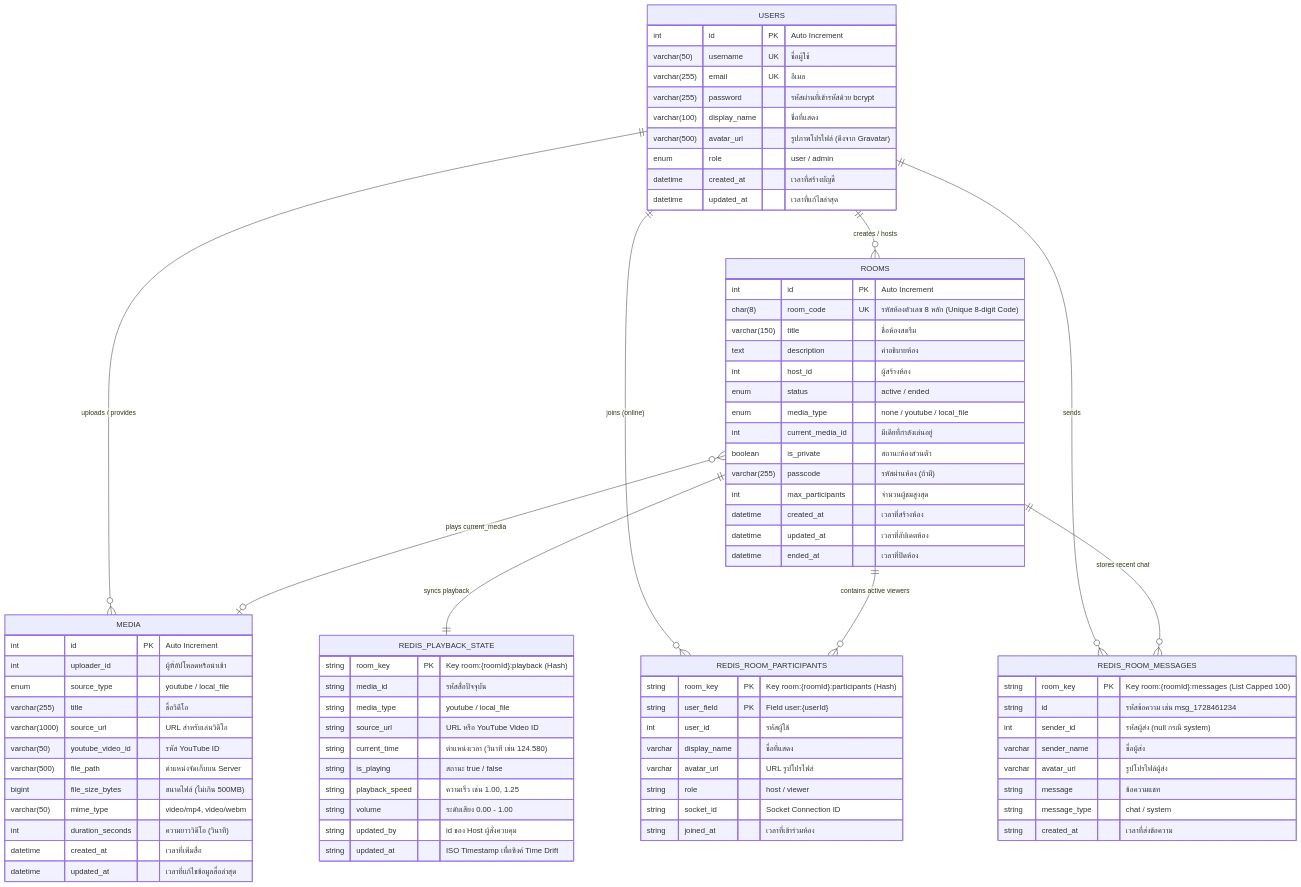
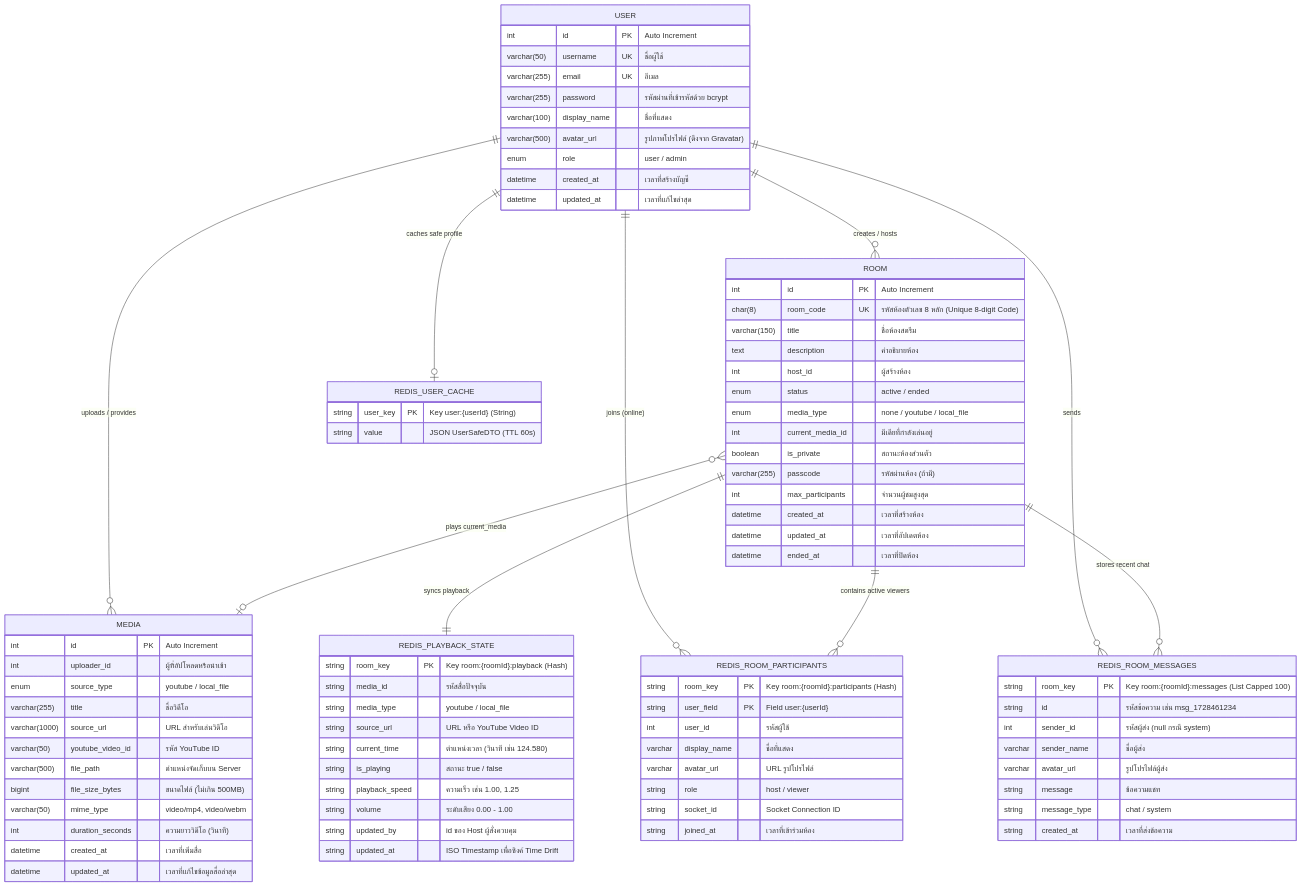
The fourth of 4 diagrams in SRS.md (PeterGamez/YouStream), drawn with Mermaid before and after one commit. The commit also changed other lines of this file and 1 other file, not shown here.

````diff
--- a/SRS.md
+++ b/SRS.md
@@ -242,18 +242,19 @@
 ```mermaid
 erDiagram
     %% Persistent Relational Entities (MariaDB)
-    USERS ||--o{ ROOMS : "creates / hosts"
-    USERS ||--o{ MEDIA : "uploads / provides"
-    ROOMS }o--o| MEDIA : "plays current_media"
+    USER ||--o{ ROOM : "creates / hosts"
+    USER ||--o{ MEDIA : "uploads / provides"
+    ROOM }o--o| MEDIA : "plays current_media"
 
     %% Real-Time In-Memory Entities (Redis State Store)
-    USERS ||--o{ REDIS_ROOM_PARTICIPANTS : "joins (online)"
-    USERS ||--o{ REDIS_ROOM_MESSAGES : "sends"
-    ROOMS ||--|| REDIS_PLAYBACK_STATE : "syncs playback"
-    ROOMS ||--o{ REDIS_ROOM_PARTICIPANTS : "contains active viewers"
-    ROOMS ||--o{ REDIS_ROOM_MESSAGES : "stores recent chat"
+    USER ||--o{ REDIS_ROOM_PARTICIPANTS : "joins (online)"
+    USER ||--o{ REDIS_ROOM_MESSAGES : "sends"
+    USER ||--o| REDIS_USER_CACHE : "caches safe profile"
+    ROOM ||--|| REDIS_PLAYBACK_STATE : "syncs playback"
+    ROOM ||--o{ REDIS_ROOM_PARTICIPANTS : "contains active viewers"
+    ROOM ||--o{ REDIS_ROOM_MESSAGES : "stores recent chat"
 
-    USERS {
+    USER {
         int id PK "Auto Increment"
         varchar(50) username UK "ชื่อผู้ใช้"
         varchar(255) email UK "อีเมล"
@@ -265,7 +266,7 @@
         datetime updated_at "เวลาที่แก้ไขล่าสุด"
     }
 
-    ROOMS {
+    ROOM {
         int id PK "Auto Increment"
         char(8) room_code UK "รหัสห้องตัวเลข 8 หลัก (Unique 8-digit Code)"
         varchar(150) title "ชื่อห้องสตรีม"
@@ -331,4 +332,9 @@
         string message_type "chat / system"
         string created_at "เวลาที่ส่งข้อความ"
     }
+
+    REDIS_USER_CACHE {
+        string user_key PK "Key user:{userId} (String)"
+        string value "JSON UserSafeDTO (TTL 60s)"
+    }
 ```
````
